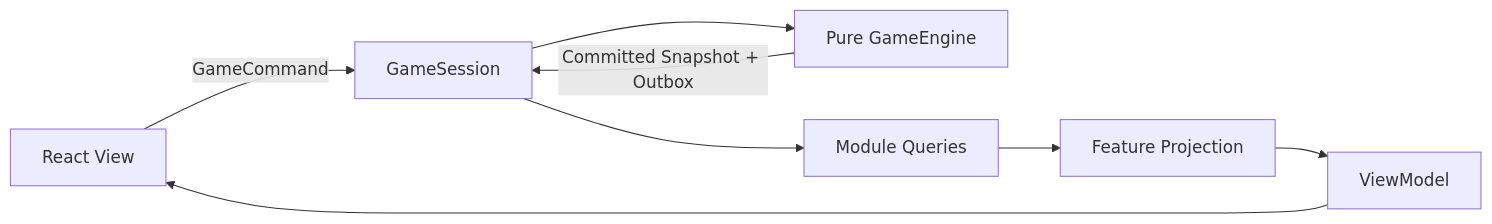
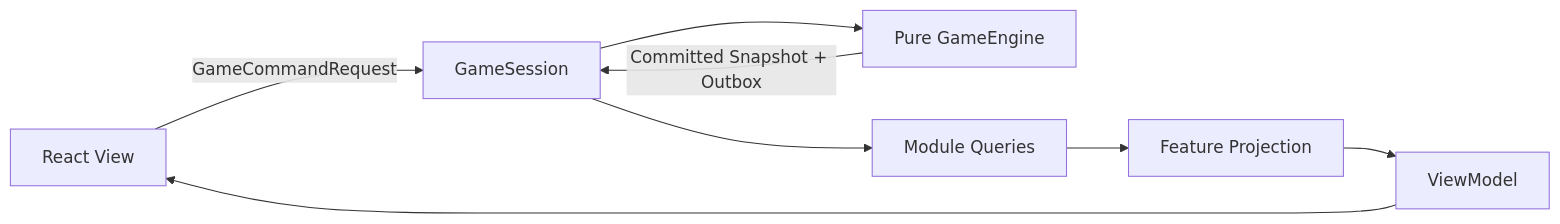
One commit to SBGChang/GreetingAdventurer changed the diagram in docs/00_core/architecture/15_ui_application.md. Above: the diagram before and after it, drawn with Mermaid. The commit also changed other lines of this file and 20 other files, not shown here.

Commit message:
docs: harden architecture contracts and runtime boundaries

````diff
--- a/docs/00_core/architecture/15_ui_application.md
+++ b/docs/00_core/architecture/15_ui_application.md
@@ -25,10 +25,10 @@
 ```mermaid
 flowchart LR
-  VIEW["React View"] -->|GameCommand| SESSION["GameSession"]
+  VIEW["React View"] -->|GameCommandRequest| SESSION["GameSession"]
   SESSION --> ENGINE["Pure GameEngine"]
   ENGINE -->|Committed Snapshot + Outbox| SESSION
   SESSION --> QUERY["Module Queries"]
   QUERY --> PROJECTION["Feature Projection"]
   PROJECTION --> VM["ViewModel"]
   VM --> VIEW
 ```
````
